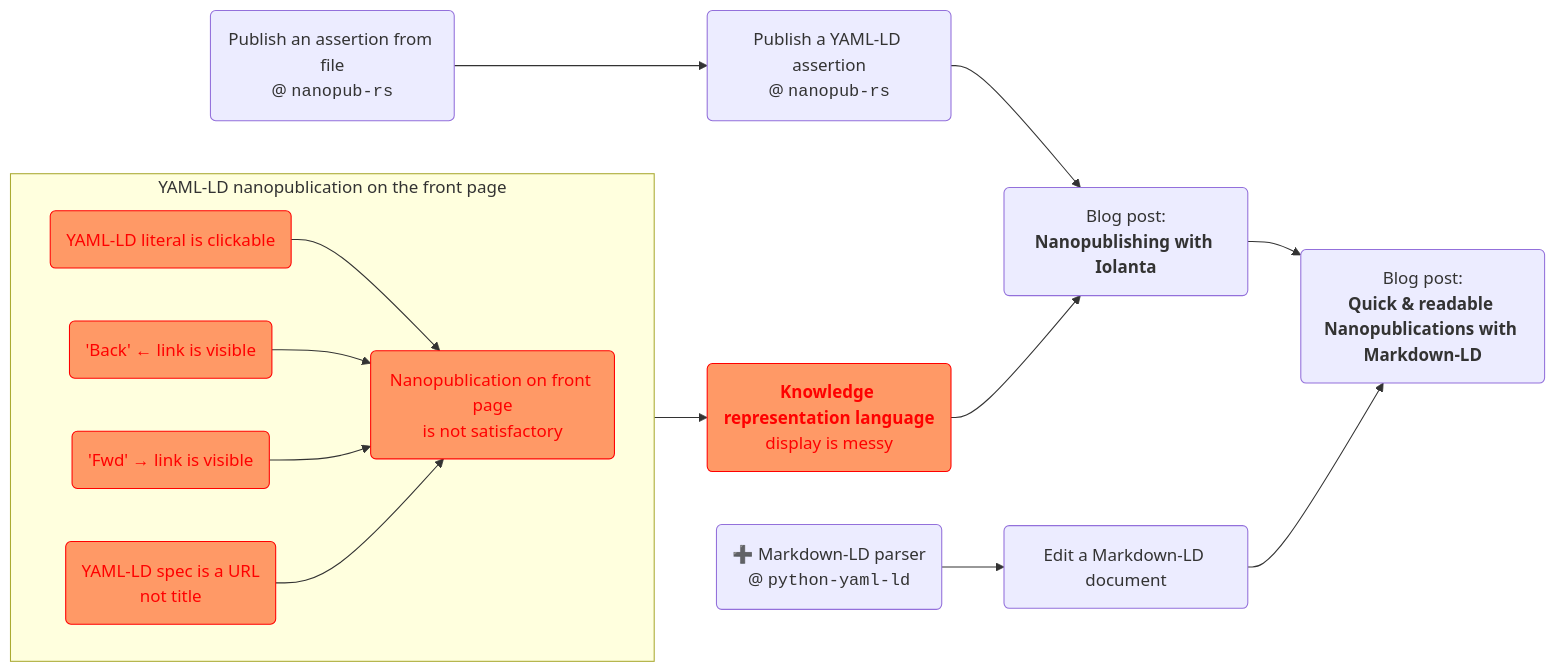
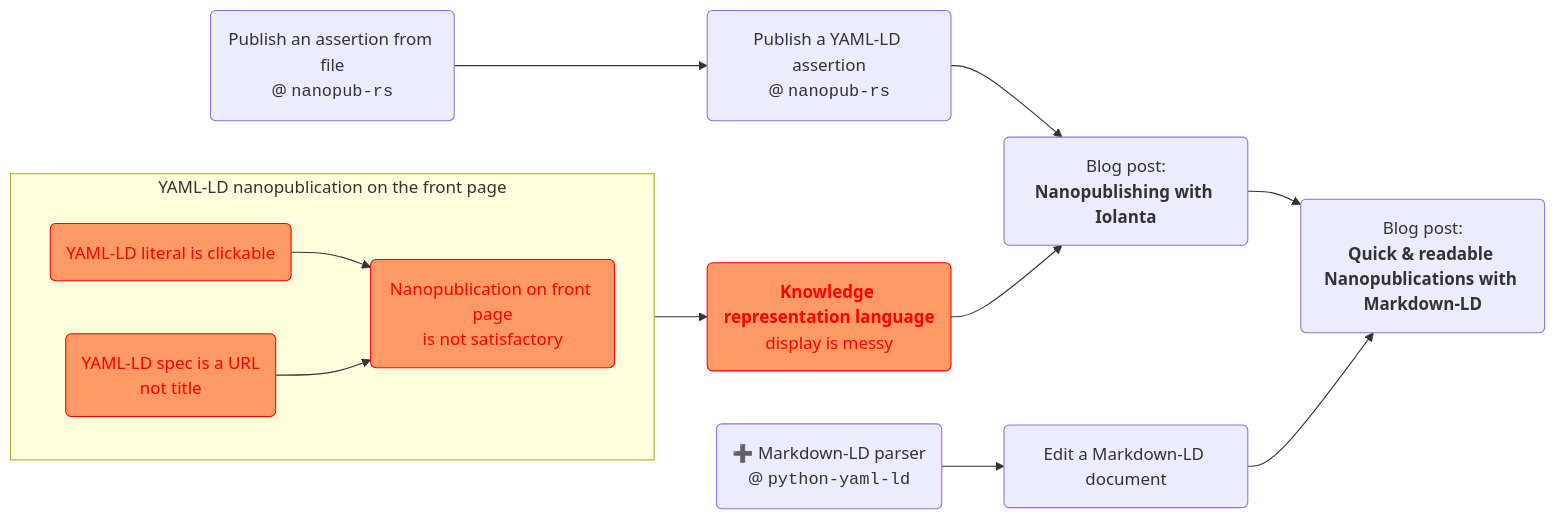
The diagram in docs/roadmap.md (iolanta-tech/iolanta), drawn with Mermaid before and after one commit.

Commit message:
#275 Update roadmap

````diff
--- a/docs/roadmap.md
+++ b/docs/roadmap.md
@@ -12,33 +12,27 @@
 ```mermaid
 graph LR
     nanopub-blog-post("Blog post:<br/><strong>Nanopublishing with Iolanta</strong>") --> markdown-nanopub-blog-post("Blog post:<br/><strong>Quick & readable Nanopublications with Markdown-LD")
     
     nanopub-rs-graph("Publish an assertion from file<br/>@ <code>nanopub-rs</code>") --> nanopub-yaml-ld("Publish a YAML-LD assertion<br/>@ <code>nanopub-rs</code>") --> nanopub-blog-post
     
     subgraph "YAML-LD nanopublication on the front page"
         direction LR
         nanopublication-is-not-satisfactory("Nanopublication on front page<br/>is not satisfactory")
         class nanopublication-is-not-satisfactory bug
         
         literal-clickable("YAML-LD literal is clickable") --> nanopublication-is-not-satisfactory
         click literal-clickable "https://github.com/iolanta-tech/iolanta/issues/260"
         class literal-clickable bug
         
-        back("'Back' ← link is visible") --> nanopublication-is-not-satisfactory
-        class back bug
-    
-        fwd("'Fwd' → link is visible") --> nanopublication-is-not-satisfactory
-        class fwd bug
-            
         spec("YAML-LD spec is a URL<br/>not title") --> nanopublication-is-not-satisfactory
         class spec bug
     end
     
     nanopublication-is-not-satisfactory --> fip-term-messy("<strong>Knowledge representation language</strong><br/>display is messy") --> nanopub-blog-post
     class fip-term-messy bug
     
     python-yaml-ld-markdown-ld("➕ Markdown-LD parser<br/>@ <code>python-yaml-ld</code>") --> markdown-ld("Edit a Markdown-LD document") --> markdown-nanopub-blog-post
     click markdown-ld "https://github.com/iolanta-tech/iolanta/issues/261"
         
     classDef bug fill:#f96,color:#f00,stroke:#f00,stroke-width:1px;
 ```
````
